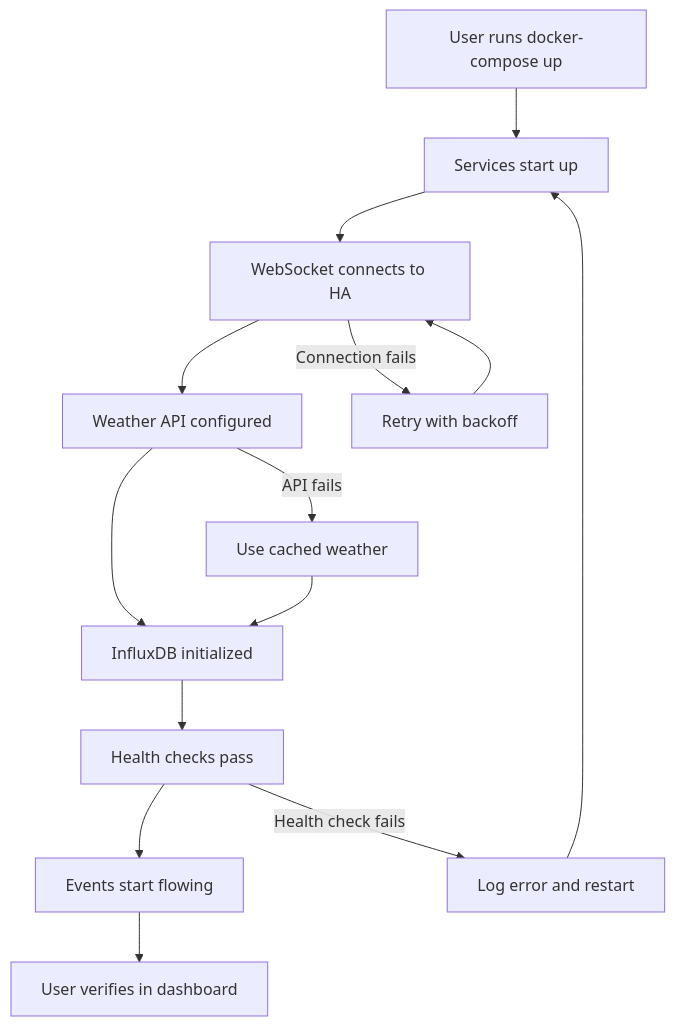
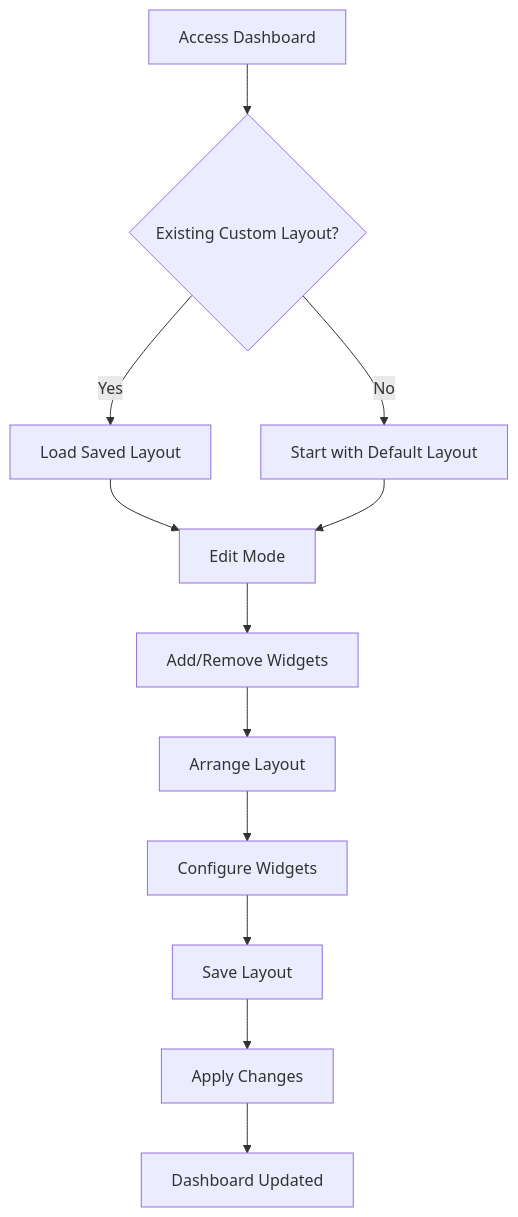
Before and after one commit to wtthornton/ha-ingestor: the second of 4 diagrams in docs/front-end-spec.md, drawn with Mermaid. The commit also changed other lines of this file and 226 other files, not shown here.

````diff
--- a/docs/front-end-spec.md
+++ b/docs/front-end-spec.md
@@ -99,17 +104,14 @@
 ```mermaid
 graph TD
-    A[User runs docker-compose up] --> B[Services start up]
-    B --> C[WebSocket connects to HA]
-    C --> D[Weather API configured]
-    D --> E[InfluxDB initialized]
-    E --> F[Health checks pass]
-    F --> G[Events start flowing]
-    G --> H[User verifies in dashboard]
-    
-    C -->|Connection fails| I[Retry with backoff]
-    I --> C
-    D -->|API fails| J[Use cached weather]
-    J --> E
-    F -->|Health check fails| K[Log error and restart]
-    K --> B
+    A[Access Dashboard] --> B{Existing Custom Layout?}
+    B -->|Yes| C[Load Saved Layout]
+    B -->|No| D[Start with Default Layout]
+    C --> E[Edit Mode]
+    D --> E
+    E --> F[Add/Remove Widgets]
+    F --> G[Arrange Layout]
+    G --> H[Configure Widgets]
+    H --> I[Save Layout]
+    I --> J[Apply Changes]
+    J --> K[Dashboard Updated]
 ```
````
